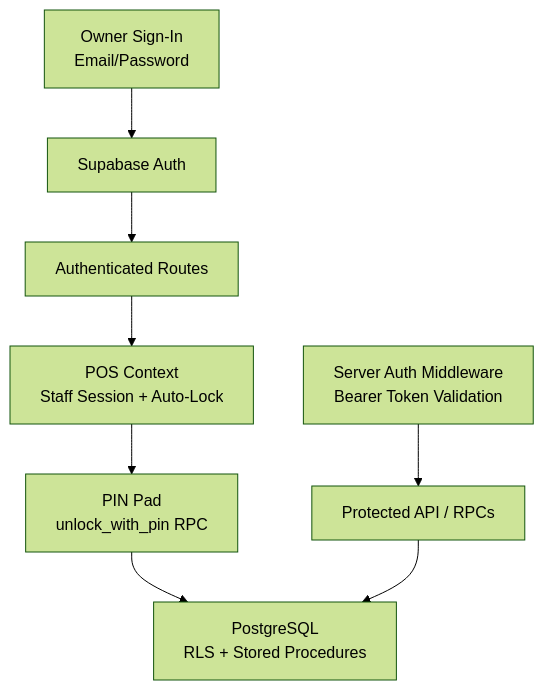
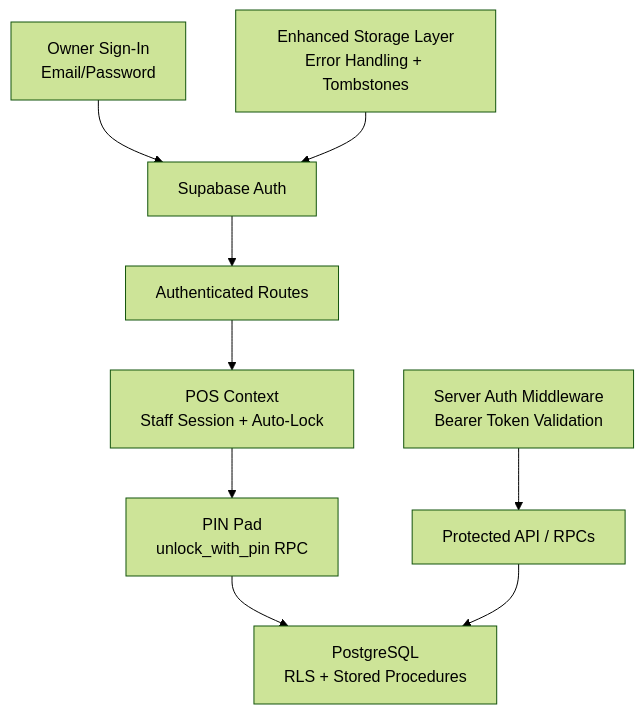
The first of 6 diagrams in .qoder/repowiki/en/content/Authentication & Security/Authentication & Security.md (themclloyd/storq), drawn with Mermaid (forest theme) before and after one commit. The commit also changed other lines of this file and 31 other files, not shown here.

First line of the commit message:
docs(auth): enhance authentication storage with robust error handling and logout tombstone support

````diff
--- a/.qoder/repowiki/en/content/Authentication & Security/Authentication & Security.md
+++ b/.qoder/repowiki/en/content/Authentication & Security/Authentication & Security.md
@@ -44,10 +55,11 @@
 ```mermaid
 graph TB
 Owner["Owner Sign-In<br/>Email/Password"] --> SupabaseAuth["Supabase Auth"]
 SupabaseAuth --> AppRoutes["Authenticated Routes"]
 AppRoutes --> PosContext["POS Context<br/>Staff Session + Auto-Lock"]
 PosContext --> PinPad["PIN Pad<br/>unlock_with_pin RPC"]
 PinPad --> DB["PostgreSQL<br/>RLS + Stored Procedures"]
 ServerMW["Server Auth Middleware<br/>Bearer Token Validation"] --> API["Protected API / RPCs"]
 API --> DB
+EnhancedStorage["Enhanced Storage Layer<br/>Error Handling + Tombstones"] --> SupabaseAuth
 ```
````
